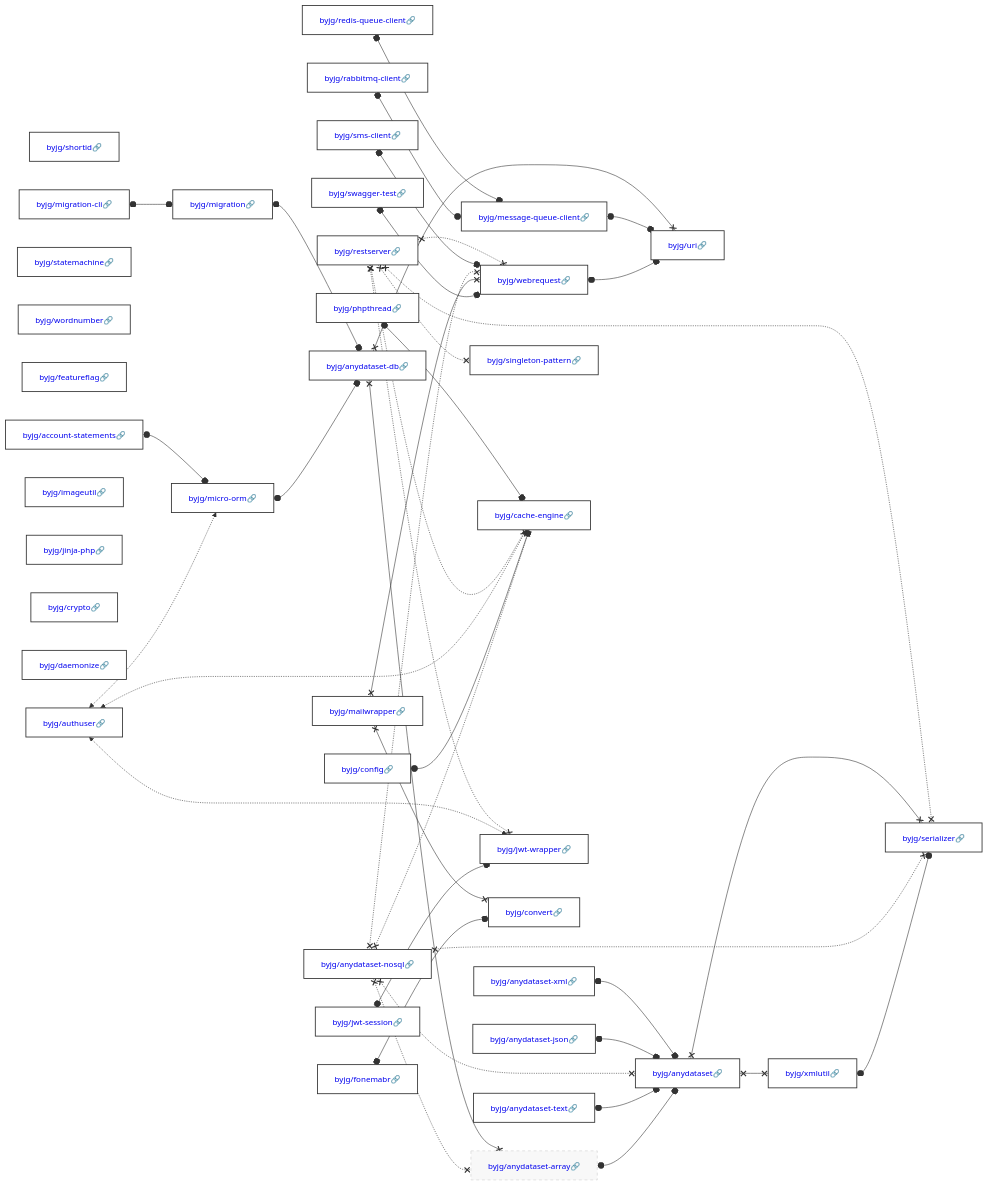
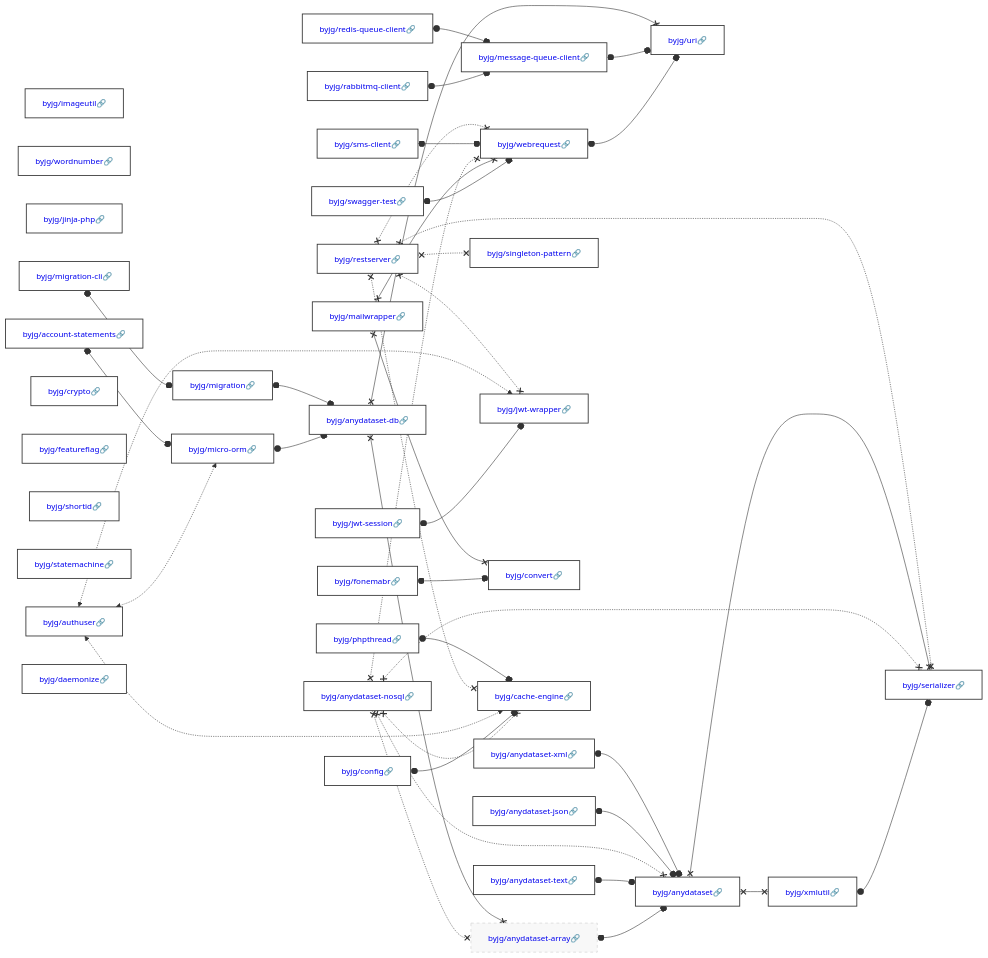
Before and after one commit to byjg/byjg.github.io: the diagram in docs/php/README.md, drawn with Mermaid. The commit also changed other lines of this file, not shown here.

Commit message:
Update documentation 'php' 'php-migration'

````diff
--- a/docs/php/README.md
+++ b/docs/php/README.md
@@ -3,38 +3,38 @@
 ```mermaid
 graph LR;
+  byjg/swagger-test[<a href='https://opensource.byjg.com/docs/php/swagger-test' style='text-decoration:none'>byjg/swagger-test🔗</a>];
+  byjg/imageutil[<a href='https://opensource.byjg.com/docs/php/imageutil' style='text-decoration:none'>byjg/imageutil🔗</a>];
+  byjg/wordnumber[<a href='https://opensource.byjg.com/docs/php/wordnumber' style='text-decoration:none'>byjg/wordnumber🔗</a>];
   byjg/rabbitmq-client[<a href='https://opensource.byjg.com/docs/php/rabbitmq-client' style='text-decoration:none'>byjg/rabbitmq-client🔗</a>];
+  byjg/jinja-php[<a href='https://opensource.byjg.com/docs/php/jinja-php' style='text-decoration:none'>byjg/jinja-php🔗</a>];
+  byjg/authuser[<a href='https://opensource.byjg.com/docs/php/authuser' style='text-decoration:none'>byjg/authuser🔗</a>];
+  byjg/anydataset-json[<a href='https://opensource.byjg.com/docs/php/anydataset-json' style='text-decoration:none'>byjg/anydataset-json🔗</a>];
+  byjg/anydataset-xml[<a href='https://opensource.byjg.com/docs/php/anydataset-xml' style='text-decoration:none'>byjg/anydataset-xml🔗</a>];
   byjg/sms-client[<a href='https://opensource.byjg.com/docs/php/sms-client' style='text-decoration:none'>byjg/sms-client🔗</a>];
+  byjg/redis-queue-client[<a href='https://opensource.byjg.com/docs/php/redis-queue-client' style='text-decoration:none'>byjg/redis-queue-client🔗</a>];
+  byjg/jwt-session[<a href='https://opensource.byjg.com/docs/php/jwt-session' style='text-decoration:none'>byjg/jwt-session🔗</a>];
+  byjg/account-statements[<a href='https://opensource.byjg.com/docs/php/account-statements' style='text-decoration:none'>byjg/account-statements🔗</a>];
+  byjg/crypto[<a href='https://opensource.byjg.com/docs/php/crypto' style='text-decoration:none'>byjg/crypto🔗</a>];
+  byjg/featureflag[<a href='https://opensource.byjg.com/docs/php/featureflag' style='text-decoration:none'>byjg/featureflag🔗</a>];
+  byjg/anydataset-text[<a href='https://opensource.byjg.com/docs/php/anydataset-text' style='text-decoration:none'>byjg/anydataset-text🔗</a>];
+  byjg/restserver[<a href='https://opensource.byjg.com/docs/php/restserver' style='text-decoration:none'>byjg/restserver🔗</a>];
   byjg/shortid[<a href='https://opensource.byjg.com/docs/php/shortid' style='text-decoration:none'>byjg/shortid🔗</a>];
   byjg/fonemabr[<a href='https://opensource.byjg.com/docs/php/fonemabr' style='text-decoration:none'>byjg/fonemabr🔗</a>];
-  byjg/authuser[<a href='https://opensource.byjg.com/docs/php/authuser' style='text-decoration:none'>byjg/authuser🔗</a>];
   byjg/statemachine[<a href='https://opensource.byjg.com/docs/php/statemachine' style='text-decoration:none'>byjg/statemachine🔗</a>];
+  byjg/migration-cli[<a href='https://opensource.byjg.com/docs/php/migration-cli' style='text-decoration:none'>byjg/migration-cli🔗</a>];
   byjg/anydataset-nosql[<a href='https://opensource.byjg.com/docs/php/anydataset-nosql' style='text-decoration:none'>byjg/anydataset-nosql🔗</a>];
-  byjg/wordnumber[<a href='https://opensource.byjg.com/docs/php/wordnumber' style='text-decoration:none'>byjg/wordnumber🔗</a>];
-  byjg/anydataset-xml[<a href='https://opensource.byjg.com/docs/php/anydataset-xml' style='text-decoration:none'>byjg/anydataset-xml🔗</a>];
-  byjg/featureflag[<a href='https://opensource.byjg.com/docs/php/featureflag' style='text-decoration:none'>byjg/featureflag🔗</a>];
-  byjg/migration-cli[<a href='https://opensource.byjg.com/docs/php/migration-cli' style='text-decoration:none'>byjg/migration-cli🔗</a>];
-  byjg/anydataset-text[<a href='https://opensource.byjg.com/docs/php/anydataset-text' style='text-decoration:none'>byjg/anydataset-text🔗</a>];
-  byjg/imageutil[<a href='https://opensource.byjg.com/docs/php/imageutil' style='text-decoration:none'>byjg/imageutil🔗</a>];
-  byjg/anydataset-json[<a href='https://opensource.byjg.com/docs/php/anydataset-json' style='text-decoration:none'>byjg/anydataset-json🔗</a>];
-  byjg/redis-queue-client[<a href='https://opensource.byjg.com/docs/php/redis-queue-client' style='text-decoration:none'>byjg/redis-queue-client🔗</a>];
+  byjg/daemonize[<a href='https://opensource.byjg.com/docs/php/daemonize' style='text-decoration:none'>byjg/daemonize🔗</a>];
+  byjg/phpthread[<a href='https://opensource.byjg.com/docs/php/phpthread' style='text-decoration:none'>byjg/phpthread🔗</a>];
+  byjg/mailwrapper[<a href='https://opensource.byjg.com/docs/php/mailwrapper' style='text-decoration:none'>byjg/mailwrapper🔗</a>];
   byjg/config[<a href='https://opensource.byjg.com/docs/php/config' style='text-decoration:none'>byjg/config🔗</a>];
-  byjg/jinja-php[<a href='https://opensource.byjg.com/docs/php/jinja-php' style='text-decoration:none'>byjg/jinja-php🔗</a>];
-  byjg/crypto[<a href='https://opensource.byjg.com/docs/php/crypto' style='text-decoration:none'>byjg/crypto🔗</a>];
-  byjg/daemonize[<a href='https://opensource.byjg.com/docs/php/daemonize' style='text-decoration:none'>byjg/daemonize🔗</a>];
-  byjg/jwt-session[<a href='https://opensource.byjg.com/docs/php/jwt-session' style='text-decoration:none'>byjg/jwt-session🔗</a>];
-  byjg/phpthread[<a href='https://opensource.byjg.com/docs/php/phpthread' style='text-decoration:none'>byjg/phpthread🔗</a>];
-  byjg/account-statements[<a href='https://opensource.byjg.com/docs/php/account-statements' style='text-decoration:none'>byjg/account-statements🔗</a>];
-  byjg/swagger-test[<a href='https://opensource.byjg.com/docs/php/swagger-test' style='text-decoration:none'>byjg/swagger-test🔗</a>];
-  byjg/restserver[<a href='https://opensource.byjg.com/docs/php/restserver' style='text-decoration:none'>byjg/restserver🔗</a>];
-  byjg/mailwrapper[<a href='https://opensource.byjg.com/docs/php/mailwrapper' style='text-decoration:none'>byjg/mailwrapper🔗</a>];
-  byjg/migration[<a href='https://opensource.byjg.com/docs/php/migration' style='text-decoration:none'>byjg/migration🔗</a>];
   byjg/message-queue-client[<a href='https://opensource.byjg.com/docs/php/message-queue-client' style='text-decoration:none'>byjg/message-queue-client🔗</a>];
   byjg/micro-orm[<a href='https://opensource.byjg.com/docs/php/micro-orm' style='text-decoration:none'>byjg/micro-orm🔗</a>];
   byjg/singleton-pattern[<a href='https://opensource.byjg.com/docs/php/singleton-pattern' style='text-decoration:none'>byjg/singleton-pattern🔗</a>];
-  byjg/cache-engine[<a href='https://opensource.byjg.com/docs/php/cache-engine' style='text-decoration:none'>byjg/cache-engine🔗</a>];
   byjg/jwt-wrapper[<a href='https://opensource.byjg.com/docs/php/jwt-wrapper' style='text-decoration:none'>byjg/jwt-wrapper🔗</a>];
+  byjg/migration[<a href='https://opensource.byjg.com/docs/php/migration' style='text-decoration:none'>byjg/migration🔗</a>];
   byjg/convert[<a href='https://opensource.byjg.com/docs/php/convert' style='text-decoration:none'>byjg/convert🔗</a>];
   byjg/webrequest[<a href='https://opensource.byjg.com/docs/php/webrequest' style='text-decoration:none'>byjg/webrequest🔗</a>];
+  byjg/cache-engine[<a href='https://opensource.byjg.com/docs/php/cache-engine' style='text-decoration:none'>byjg/cache-engine🔗</a>];
   byjg/anydataset-db[<a href='https://opensource.byjg.com/docs/php/anydataset-db' style='text-decoration:none'>byjg/anydataset-db🔗</a>];
   byjg/anydataset-array[<a href='https://opensource.byjg.com/docs/php/anydataset-array' style='text-decoration:none'>byjg/anydataset-array🔗</a>];
   byjg/uri[<a href='https://opensource.byjg.com/docs/php/uri' style='text-decoration:none'>byjg/uri🔗</a>];
````
